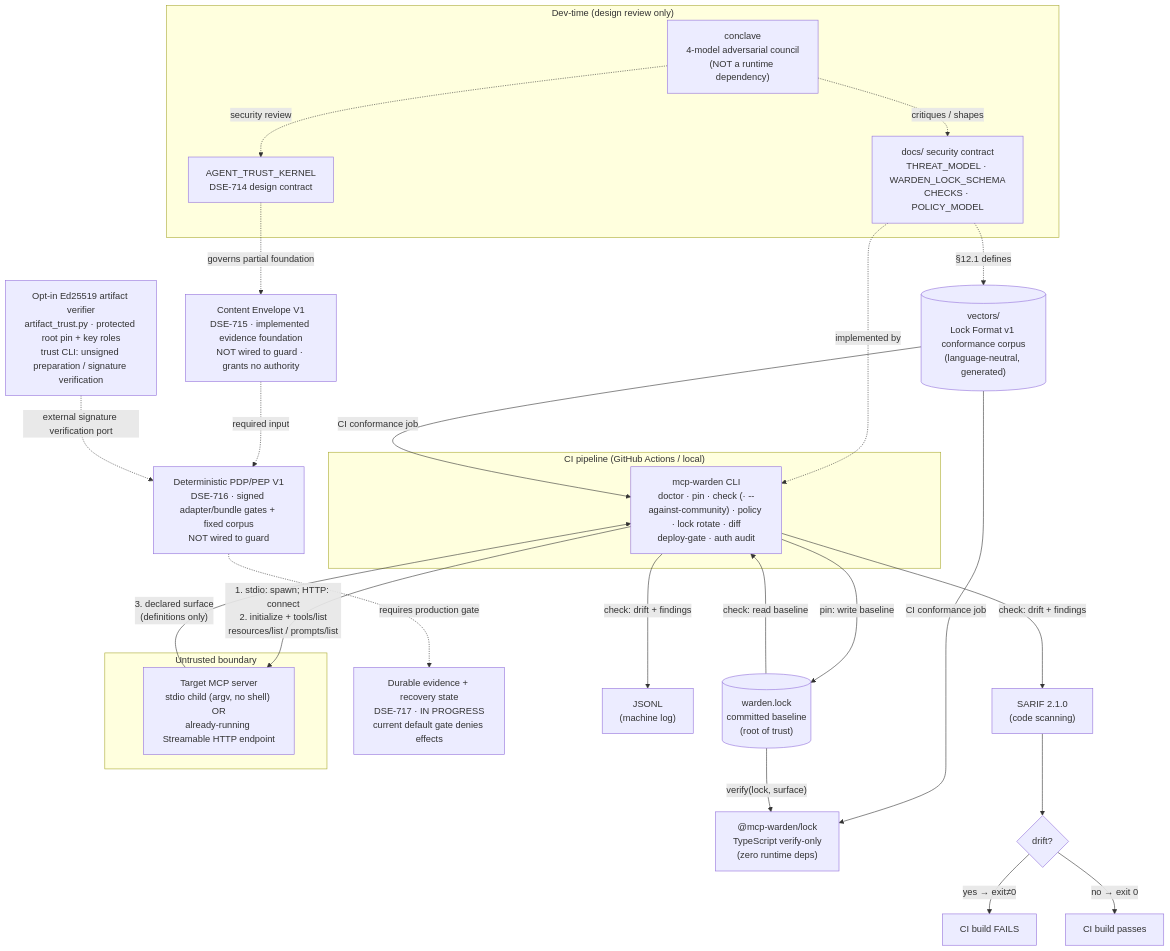
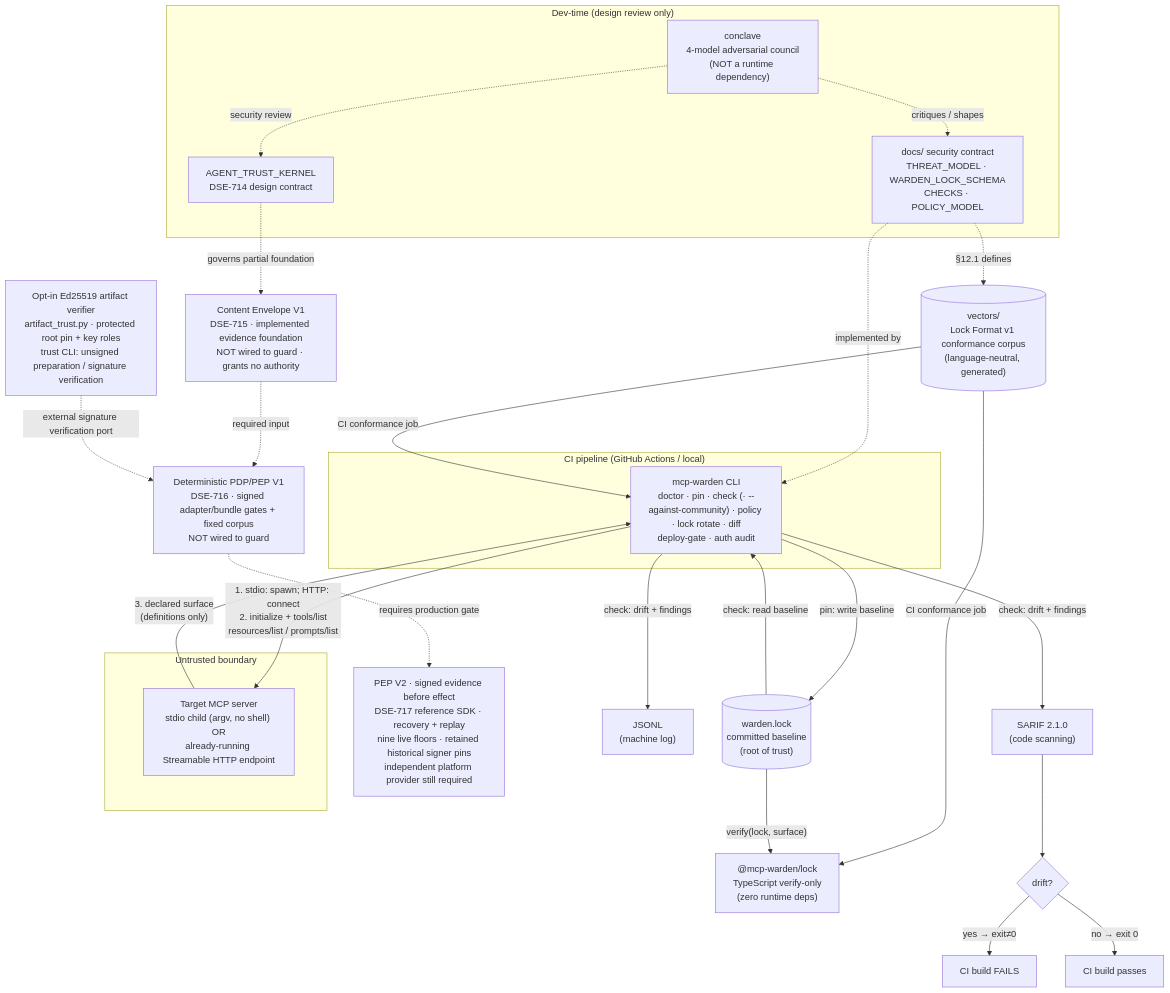
The first of 4 diagrams in SYSTEM_CONTEXT_DIAGRAM.md (DataScience-EngineeringExperts/mcp-warden), drawn with Mermaid before and after one commit. The commit also changed other lines of this file and 67 other files, not shown here.

First line of the commit message:
feat: signed decision receipts and governed evidence before effects (DSE-717) (#114)

````diff
--- a/SYSTEM_CONTEXT_DIAGRAM.md
+++ b/SYSTEM_CONTEXT_DIAGRAM.md
@@ -105,54 +107,54 @@
 ```mermaid
 flowchart TB
     subgraph dev["Dev-time (design review only)"]
         conclave["conclave\n4-model adversarial council\n(NOT a runtime dependency)"]
         specs["docs/ security contract\nTHREAT_MODEL · WARDEN_LOCK_SCHEMA\nCHECKS · POLICY_MODEL"]
         atk["AGENT_TRUST_KERNEL\nDSE-714 design contract"]
         conclave -. "critiques / shapes" .-> specs
         conclave -. "security review" .-> atk
     end
 
     envelope["Content Envelope V1\nDSE-715 · implemented evidence foundation\nNOT wired to guard · grants no authority"]
     decision["Deterministic PDP/PEP V1\nDSE-716 · signed adapter/bundle gates + fixed corpus\nNOT wired to guard"]
     artifactTrust["Opt-in Ed25519 artifact verifier\nartifact_trust.py · protected root pin + key roles\ntrust CLI: unsigned preparation / signature verification"]
-    evidence["Durable evidence + recovery state\nDSE-717 · IN PROGRESS\ncurrent default gate denies effects"]
+    evidence["PEP V2 · signed evidence before effect\nDSE-717 reference SDK · recovery + replay\nnine live floors · retained historical signer pins\nindependent platform provider still required"]
     atk -. "governs partial foundation" .-> envelope
     envelope -. "required input" .-> decision
     artifactTrust -. "external signature verification port" .-> decision
     decision -. "requires production gate" .-> evidence
 
     subgraph ci["CI pipeline (GitHub Actions / local)"]
         warden["mcp-warden CLI
 doctor · pin · check (· --against-community) · policy · lock rotate · diff
 deploy-gate · auth audit"]
     end
 
     subgraph target["Untrusted boundary"]
         server["Target MCP server\nstdio child (argv, no shell) OR\nalready-running Streamable HTTP endpoint"]
     end
 
     repo[("warden.lock\ncommitted baseline\n(root of trust)")]
     sarif["SARIF 2.1.0\n(code scanning)"]
     jsonl["JSONL\n(machine log)"]
 
     specs -. "implemented by" .-> warden
 
     vectors[("vectors/\nLock Format v1 conformance corpus\n(language-neutral, generated)")]
     lockts["@mcp-warden/lock\nTypeScript verify-only\n(zero runtime deps)"]
     specs -. "§12.1 defines" .-> vectors
     vectors -- "CI conformance job" --> warden
     vectors -- "CI conformance job" --> lockts
     repo -- "verify(lock, surface)" --> lockts
 
     warden -- "1. stdio: spawn; HTTP: connect\n2. initialize + tools/list\nresources/list / prompts/list" --> server
     server -- "3. declared surface\n(definitions only)" --> warden
 
     warden -- "pin: write baseline" --> repo
     repo -- "check: read baseline" --> warden
     warden -- "check: drift + findings" --> sarif
     warden -- "check: drift + findings" --> jsonl
 
     sarif --> gate{"drift?"}
     gate -- "yes → exit≠0" --> failci["CI build FAILS"]
     gate -- "no → exit 0" --> passci["CI build passes"]
 ```
````
